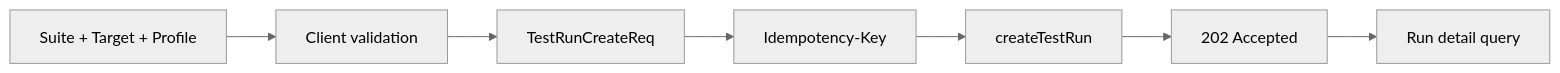
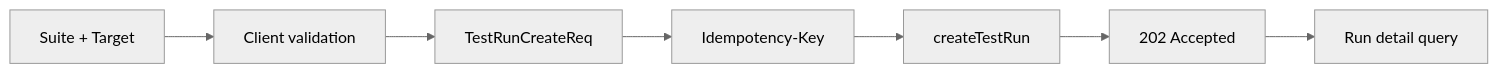
One commit to GuardBench/guardbench-frontend changed the second of 3 diagrams in docs/architecture/frontend-architecture.md. Above: the diagram before and after it, drawn with Mermaid (neutral theme). The commit also changed other lines of this file and 7 other files, not shown here.

````diff
--- a/docs/architecture/frontend-architecture.md
+++ b/docs/architecture/frontend-architecture.md
@@ -159,9 +160,9 @@
 ```mermaid
 flowchart LR
-    Form[Suite + Target + Profile] --> Validate[Client validation]
+    Form[Suite + Target] --> Validate[Client validation]
     Validate --> Map[TestRunCreateReq]
     Map --> Key[Idempotency-Key]
     Key --> Service[createTestRun]
     Service --> Accepted[202 Accepted]
     Accepted --> Detail[Run detail query]
 ```
````
